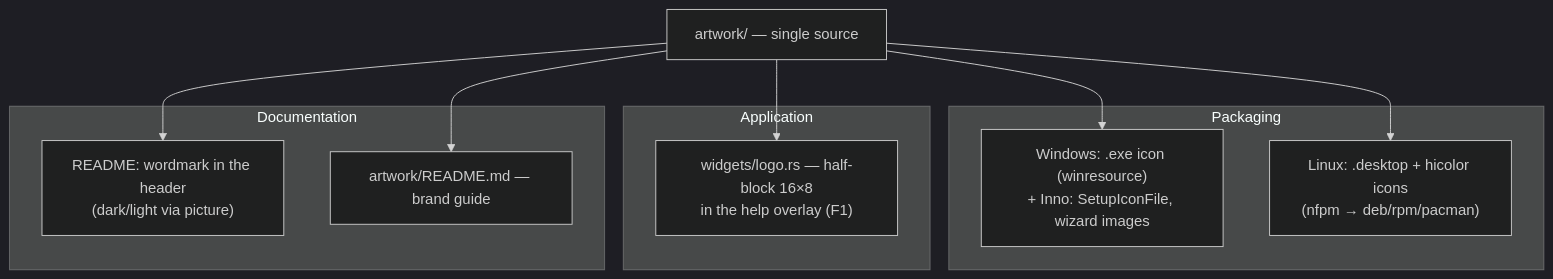
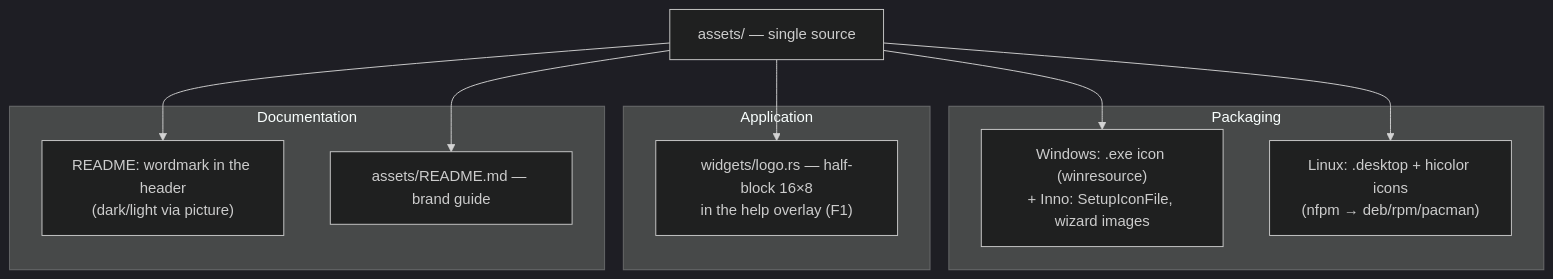
One commit to vshylov/mindfork-rs changed the diagram in docs/branding.md. Above: the diagram before and after it, drawn with Mermaid (dark theme). The commit also changed other lines of this file and 76 other files, not shown here.

````diff
--- a/docs/branding.md
+++ b/docs/branding.md
@@ -87,20 +87,20 @@
 ```mermaid
 flowchart TB
-    ART["artwork/ — single source"]
+    ART["assets/ — single source"]
     subgraph PKG["Packaging"]
         WIN["Windows: .exe icon (winresource)<br/>+ Inno: SetupIconFile, wizard images"]
         LIN["Linux: .desktop + hicolor icons<br/>(nfpm → deb/rpm/pacman)"]
     end
     subgraph APP["Application"]
         TUI["widgets/logo.rs — half-block 16×8<br/>in the help overlay (F1)"]
     end
     subgraph DOC["Documentation"]
         RM["README: wordmark in the header<br/>(dark/light via picture)"]
-        BG["artwork/README.md — brand guide"]
+        BG["assets/README.md — brand guide"]
     end
     ART --> WIN
     ART --> LIN
     ART --> TUI
     ART --> RM
     ART --> BG
 ```
````
